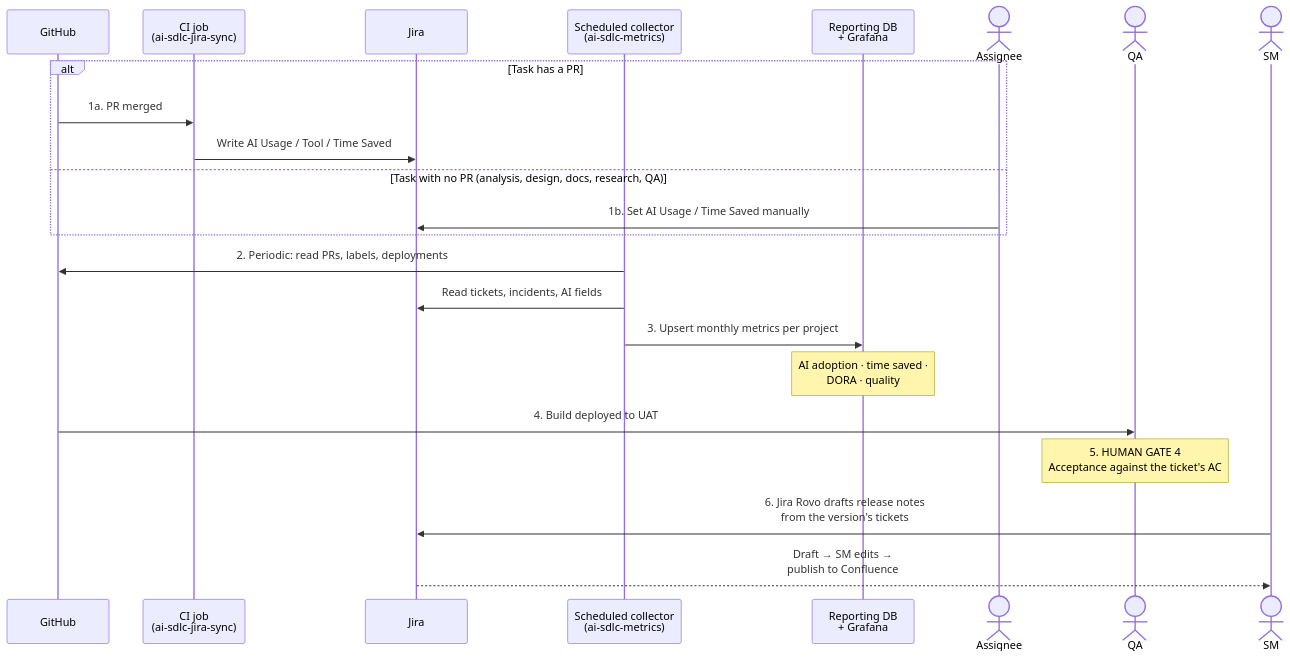
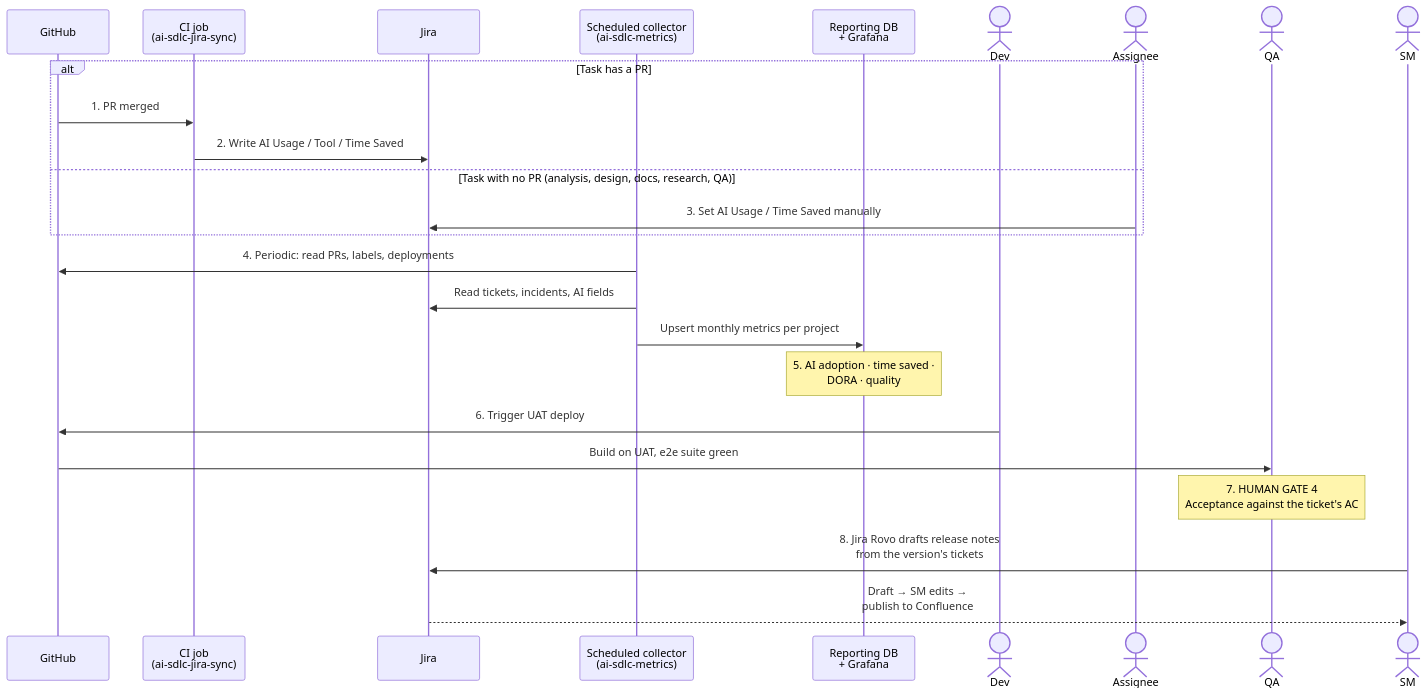
One commit to Seta-International/ai-sdlc-metrics changed the sixth of 6 diagrams in docs/aidc-workflow-future.md. Above: the diagram before and after it, drawn with Mermaid. The commit also changed other lines of this file, not shown here.

Commit message:
docs: align actors and step numbers between phase tables and diagrams

````diff
--- a/docs/aidc-workflow-future.md
+++ b/docs/aidc-workflow-future.md
@@ -237,26 +237,28 @@
 ```mermaid
 sequenceDiagram
     participant GH as GitHub
     participant CI as CI job<br/>(ai-sdlc-jira-sync)
     participant Jira
     participant Col as Scheduled collector<br/>(ai-sdlc-metrics)
     participant Graf as Reporting DB<br/>+ Grafana
+    actor Dev
     actor Asg as Assignee
     actor QA
     actor SM
 
     alt Task has a PR
-        GH->>CI: 1a. PR merged
-        CI->>Jira: Write AI Usage / Tool / Time Saved
+        GH->>CI: 1. PR merged
+        CI->>Jira: 2. Write AI Usage / Tool / Time Saved
     else Task with no PR (analysis, design, docs, research, QA)
-        Asg->>Jira: 1b. Set AI Usage / Time Saved manually
+        Asg->>Jira: 3. Set AI Usage / Time Saved manually
     end
-    Col->>GH: 2. Periodic: read PRs, labels, deployments
+    Col->>GH: 4. Periodic: read PRs, labels, deployments
     Col->>Jira: Read tickets, incidents, AI fields
-    Col->>Graf: 3. Upsert monthly metrics per project
-    Note over Graf: AI adoption · time saved ·<br/>DORA · quality
-    GH->>QA: 4. Build deployed to UAT
-    Note over QA: 5. HUMAN GATE 4<br/>Acceptance against the ticket's AC
-    SM->>Jira: 6. Jira Rovo drafts release notes<br/>from the version's tickets
+    Col->>Graf: Upsert monthly metrics per project
+    Note over Graf: 5. AI adoption · time saved ·<br/>DORA · quality
+    Dev->>GH: 6. Trigger UAT deploy
+    GH->>QA: Build on UAT, e2e suite green
+    Note over QA: 7. HUMAN GATE 4<br/>Acceptance against the ticket's AC
+    SM->>Jira: 8. Jira Rovo drafts release notes<br/>from the version's tickets
     Jira-->>SM: Draft → SM edits →<br/>publish to Confluence
 ```
````
